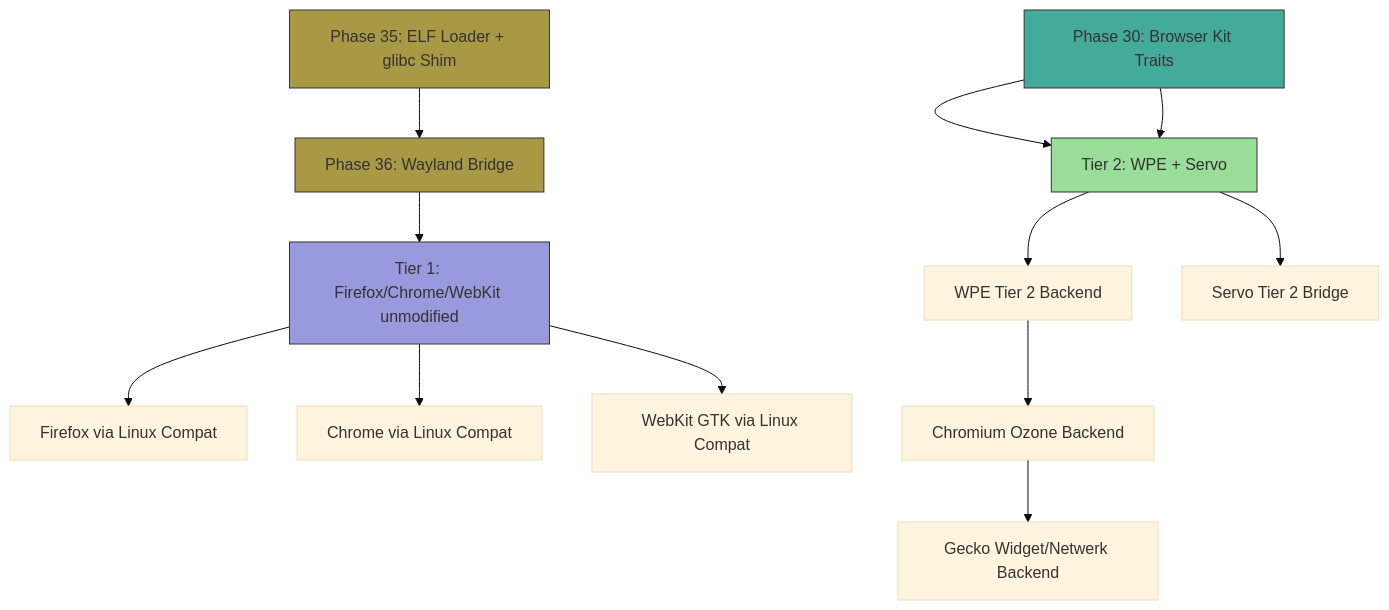
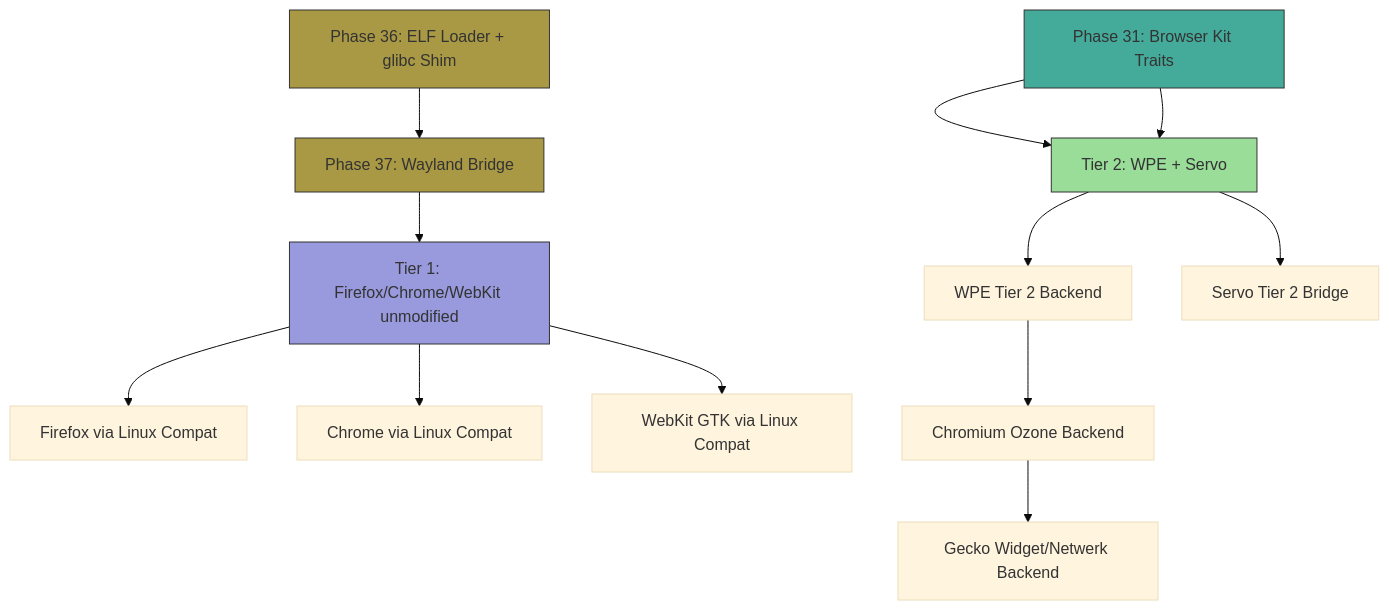
The diagram in docs/applications/browser/engine-integration.md (juslee/aios), drawn with Mermaid (base theme) before and after one commit. The commit also changed other lines of this file and 135 other files, not shown here.

First line of the commit message:
Renumber Phase 5→6 through Phase 46→47 across architecture docs

````diff
--- a/docs/applications/browser/engine-integration.md
+++ b/docs/applications/browser/engine-integration.md
@@ -203,20 +203,20 @@
 ```mermaid
 graph TD
-    P30[Phase 30: Browser Kit Traits] --> T2[Tier 2: WPE + Servo]
-    P35[Phase 35: ELF Loader + glibc Shim] --> P36[Phase 36: Wayland Bridge]
+    P30[Phase 31: Browser Kit Traits] --> T2[Tier 2: WPE + Servo]
+    P35[Phase 36: ELF Loader + glibc Shim] --> P36[Phase 37: Wayland Bridge]
     P36 --> T1[Tier 1: Firefox/Chrome/WebKit unmodified]
     P30 --> T2
     T1 --> T1FF[Firefox via Linux Compat]
     T1 --> T1CR[Chrome via Linux Compat]
     T1 --> T1WK[WebKit GTK via Linux Compat]
     T2 --> T2WPE[WPE Tier 2 Backend]
     T2 --> T2SRV[Servo Tier 2 Bridge]
     T2WPE --> T2CR[Chromium Ozone Backend]
     T2CR --> T2GK[Gecko Widget/Netwerk Backend]
 
     style P30 fill:#4a9,stroke:#333
     style P35 fill:#a94,stroke:#333
     style P36 fill:#a94,stroke:#333
     style T1 fill:#99d,stroke:#333
     style T2 fill:#9d9,stroke:#333
 ```
````
